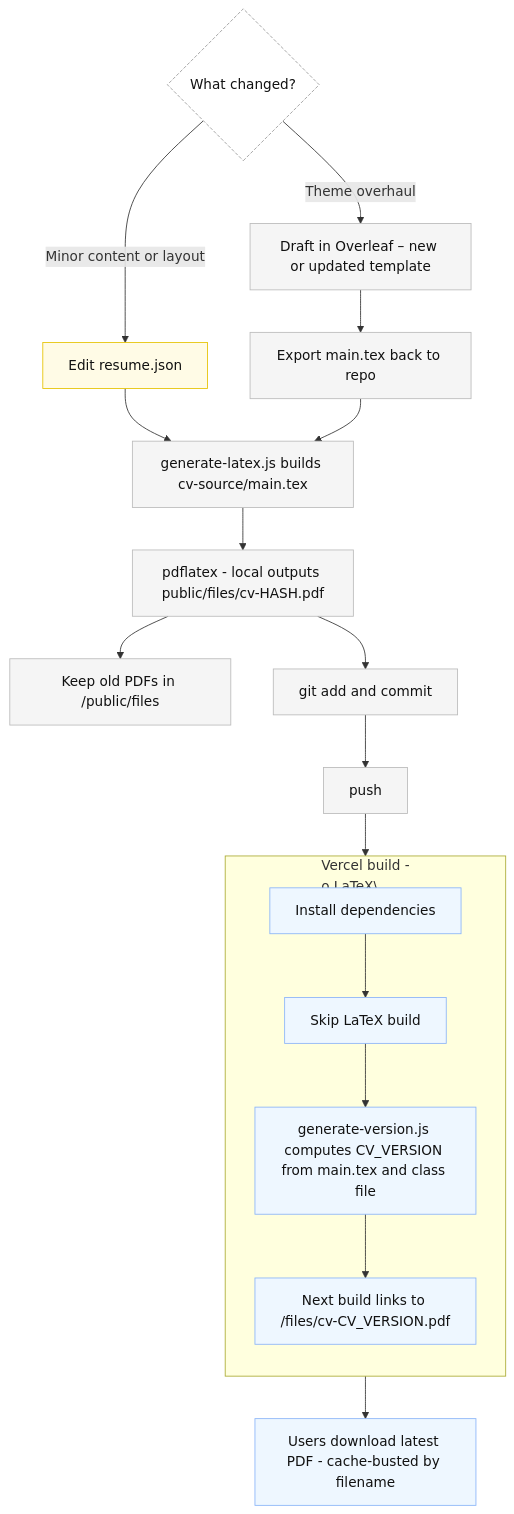
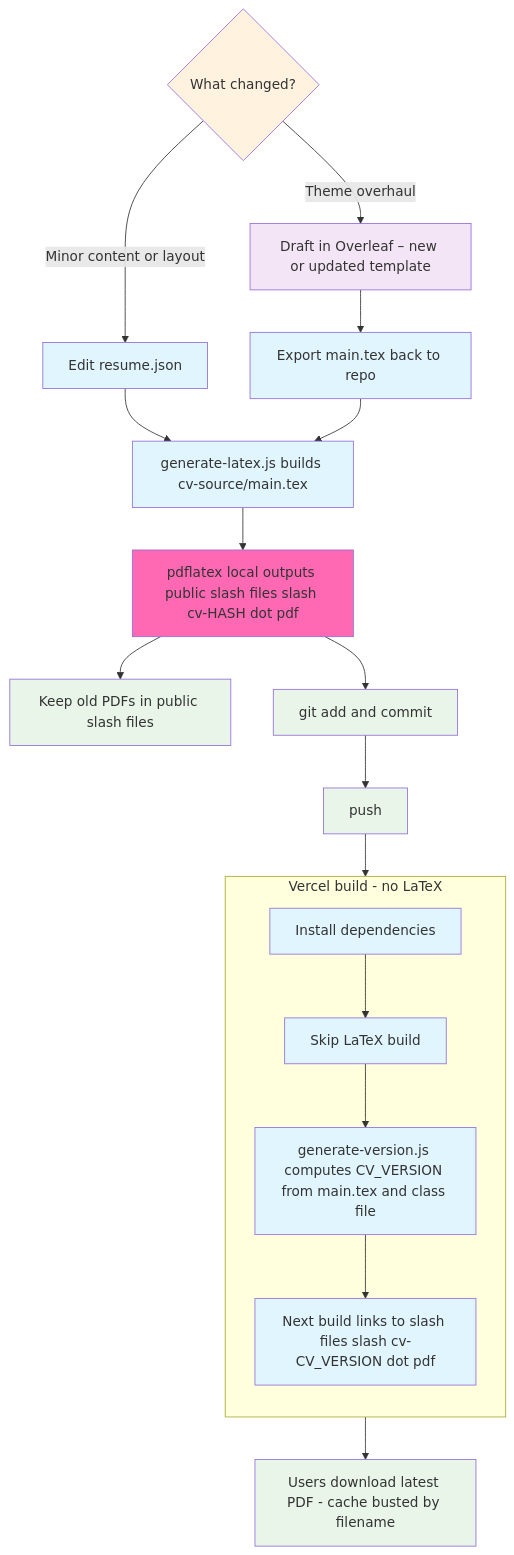
Before and after one commit to sainsw/ainsworth.dev: the diagram in content/cv-sync-latex.mdx, drawn with Mermaid.

Commit message:
Enhance mermaid diagram in CV generation documentation by refining node descriptions, improving text formatting, and ensuring consistency in output paths for better clarity and readability.

````diff
--- a/content/cv-sync-latex.mdx
+++ b/content/cv-sync-latex.mdx
@@ -16,36 +16,48 @@
 ```mermaid
 flowchart TB
-  %% Legend
-  classDef local fill:#f5f5f5,stroke:#bbb,color:#111;
-  classDef vercel fill:#eef7ff,stroke:#8ab4f8,color:#111;
-  classDef file fill:#fffbe6,stroke:#e6c200,color:#111;
-  classDef decision fill:#fff,stroke:#999,color:#111,stroke-dasharray:4 2;
+  %% no parens, top-down, theme-friendly fills that your MermaidClient maps for dark mode
 
   %% Change type
-  D{"What changed?"}:::decision
+  D{"What changed?"}
 
-  %% Minor change path (JSON-driven)
-  A["Edit resume.json"]:::file --> G["generate-latex.js builds cv-source/main.tex"]:::local
+  %% Minor change path
+  A["Edit resume.json"] --> G["generate-latex.js builds cv-source/main.tex"]
   D -- "Minor content or layout" --> A
 
-  %% Theme overhaul path (Overleaf-driven)
-  O["Draft in Overleaf – new or updated template"]:::local --> O2["Export main.tex back to repo"]:::local --> G
+  %% Theme overhaul path
+  O["Draft in Overleaf – new or updated template"] --> O2["Export main.tex back to repo"] --> G
   D -- "Theme overhaul" --> O
 
   %% Build PDF locally
-  G --> P["pdflatex - local outputs public/files/cv-HASH.pdf"]:::local
-  P --> K["Keep old PDFs in /public/files"]:::local
-  P --> C["git add and commit"]:::local
-  C --> U["push"]:::local
+  G --> P["pdflatex local outputs public slash files slash cv-HASH dot pdf"]
+  P --> K["Keep old PDFs in public slash files"]
+  P --> C["git add and commit"]
+  C --> U["push"]
 
   %% Vercel side
-  subgraph VercelBuild["Vercel build - \"no LaTeX\""]
+  subgraph VercelBuild["Vercel build - no LaTeX"]
     direction TB
-    V1["Install dependencies"]:::vercel --> V2["Skip LaTeX build"]:::vercel
-    V2 --> V3["generate-version.js computes CV_VERSION from main.tex and class file"]:::vercel
-    V3 --> V4["Next build links to /files/cv-CV_VERSION.pdf"]:::vercel
+    V1["Install dependencies"] --> V2["Skip LaTeX build"]
+    V2 --> V3["generate-version.js computes CV_VERSION from main.tex and class file"]
+    V3 --> V4["Next build links to slash files slash cv-CV_VERSION dot pdf"]
   end
 
   U --> V1
-  V4 --> S["Users download latest PDF - cache-busted by filename"]:::vercel
+  V4 --> S["Users download latest PDF - cache busted by filename"]
+
+  %% Theme-aware fills (these hexes are auto-mapped by your MermaidClient in dark mode)
+  style D fill:#fff3e0
+  style A fill:#e1f5fe
+  style G fill:#e1f5fe
+  style O fill:#f3e5f5
+  style O2 fill:#e1f5fe
+  style P fill:#ff69b4
+  style K fill:#e8f5e8
+  style C fill:#e8f5e8
+  style U fill:#e8f5e8
+  style V1 fill:#e1f5fe
+  style V2 fill:#e1f5fe
+  style V3 fill:#e1f5fe
+  style V4 fill:#e1f5fe
+  style S fill:#e8f5e8
 ```
````
